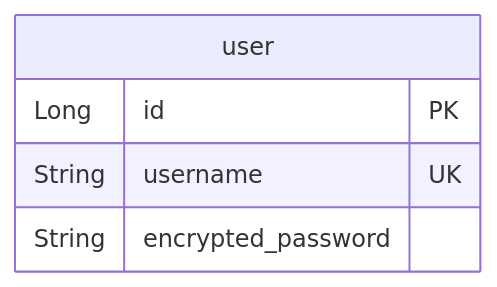
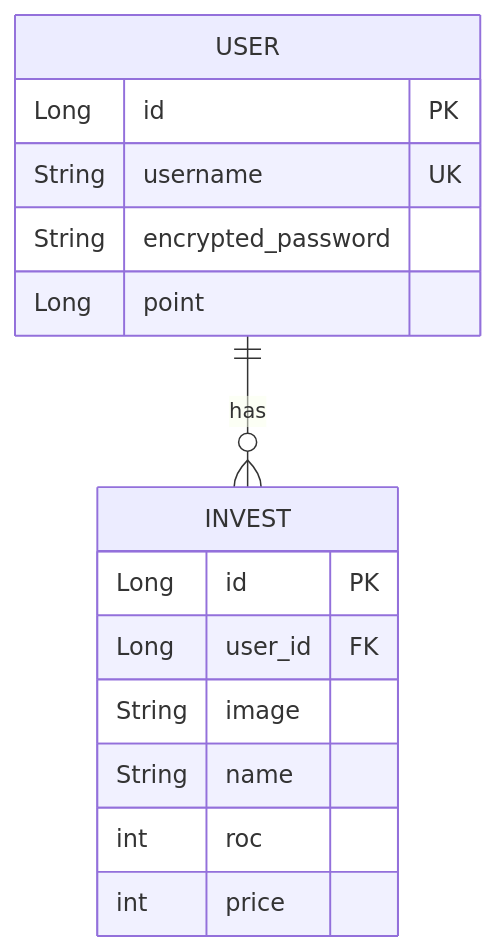
The diagram in README.md (Dsm-Hackathon-2024/backend), drawn with Mermaid before and after one commit.

Commit message:
추가

````diff
--- a/README.md
+++ b/README.md
@@ -3,8 +3,20 @@
 ```mermaid
     erDiagram
-        user {
+        USER {
             Long id PK
             String username UK
             String encrypted_password
+            Long point
         }
+    
+        INVEST {
+            Long id PK
+            Long user_id FK
+            String image
+            String name
+            int roc
+            int price
+        }
+    
+    USER ||--o{ INVEST: "has"
 ``` 
````
